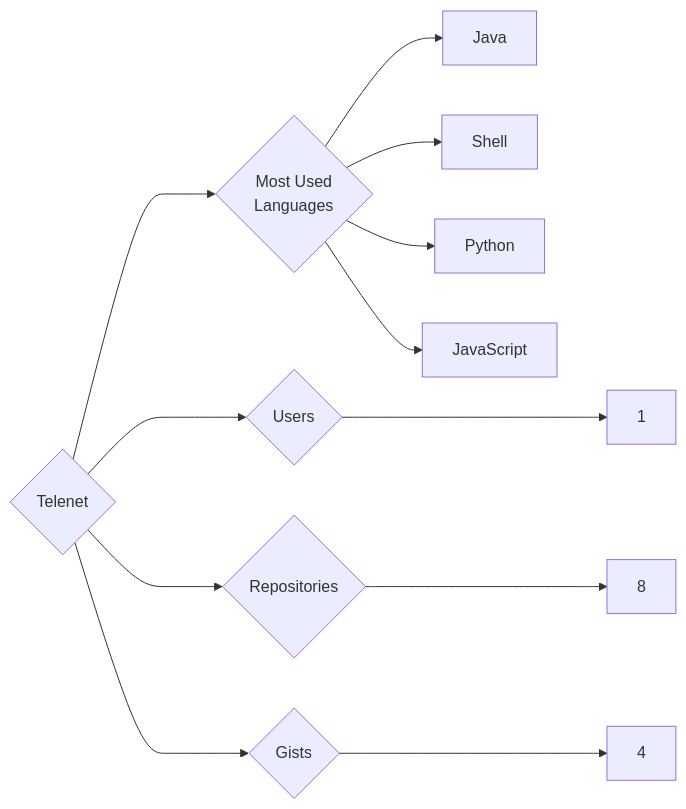
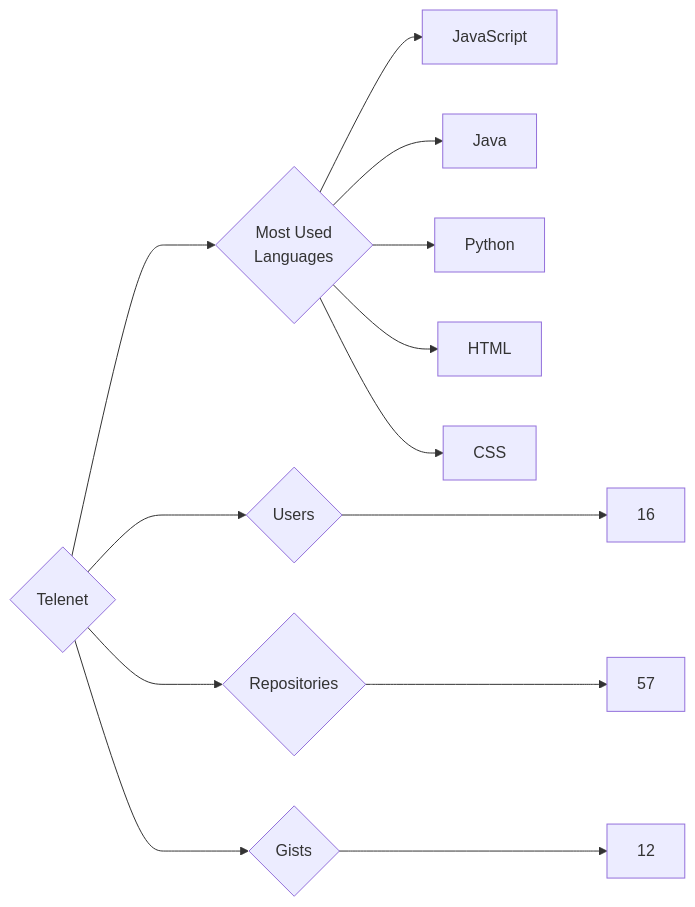
The diagram in targets/Telenet/README.md (trickest/insiders), drawn with Mermaid before and after one commit. The commit also changed 976 other files, not shown here.

````diff
--- a/targets/Telenet/README.md
+++ b/targets/Telenet/README.md
@@ -3,12 +3,13 @@
 ```mermaid
 graph LR
 COMPANY_NAME{Telenet}
-COMPANY_NAME ---> U{Users} ---> UN[1]
-COMPANY_NAME ---> R{Repositories} ---> RN[8]
-COMPANY_NAME ---> G{Gists} ---> GN[4]
+COMPANY_NAME ---> U{Users} ---> UN[16]
+COMPANY_NAME ---> R{Repositories} ---> RN[57]
+COMPANY_NAME ---> G{Gists} ---> GN[12]
 COMPANY_NAME ---> ML{Most Used<br>Languages}
+ML --> JavaScript[JavaScript]
 ML --> Java[Java]
-ML --> Shell[Shell]
 ML --> Python[Python]
-ML --> JavaScript[JavaScript]
+ML --> HTML[HTML]
+ML --> CSS[CSS]
 ```
````
